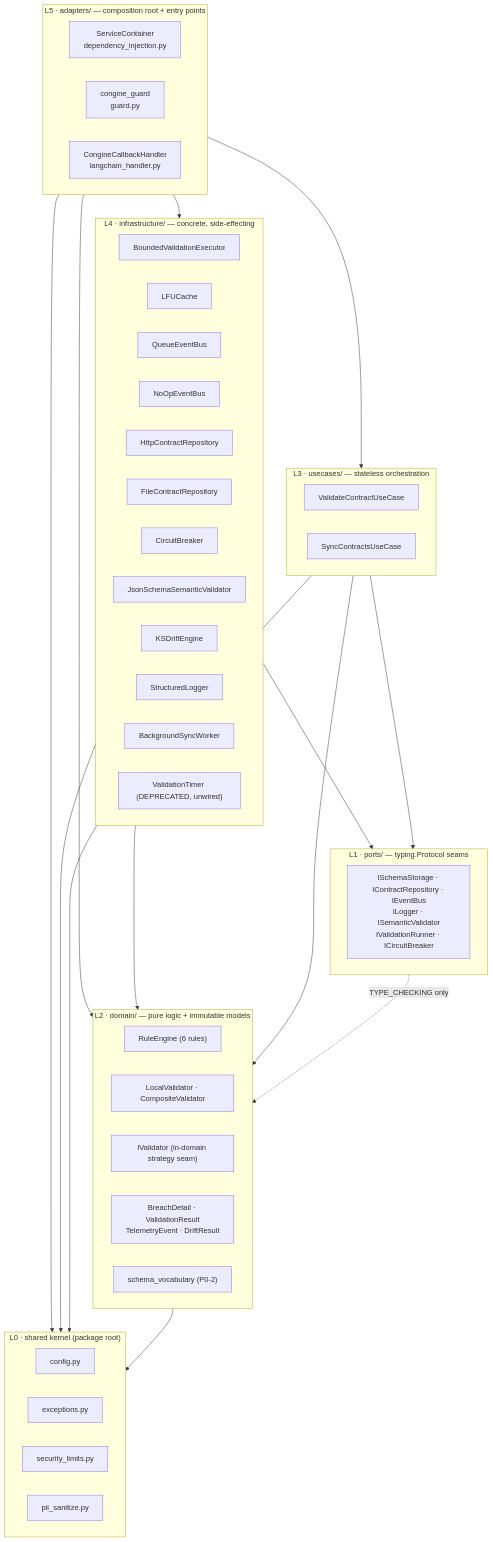
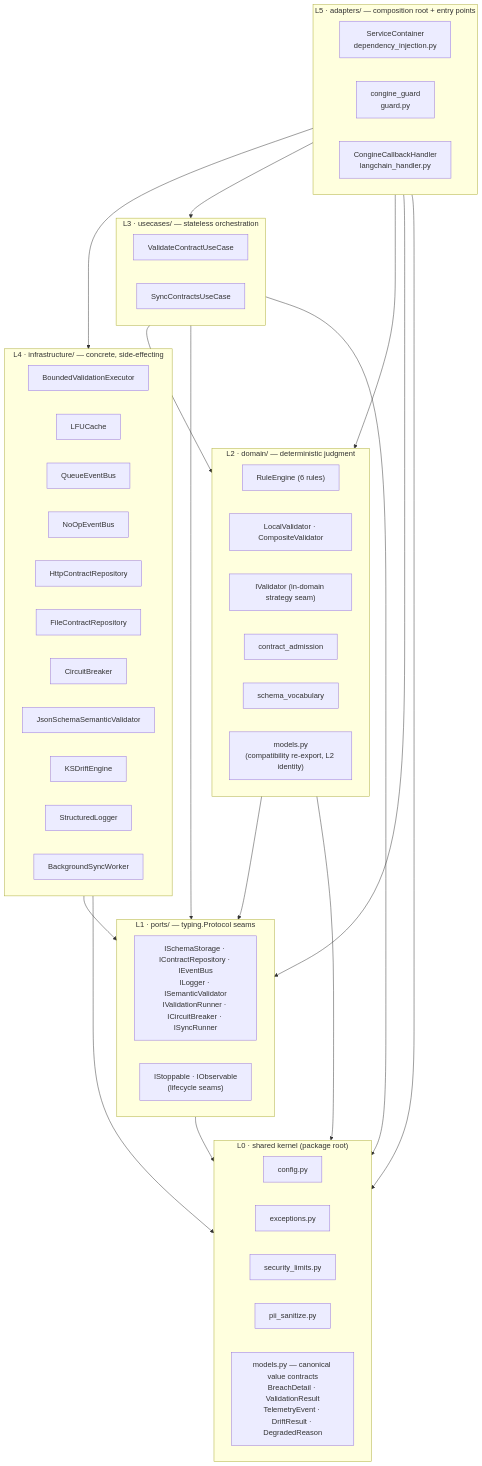
Before and after one commit to codewitharham/congine: the first of 7 diagrams in docs/architecture/ARCHITECTURE_CURRENT.md, drawn with Mermaid. The commit also changed other lines of this file and 9 other files, not shown here.

Commit message:
docs: reconcile context sources with P1 closed architecture

````diff
--- a/docs/architecture/ARCHITECTURE_CURRENT.md
+++ b/docs/architecture/ARCHITECTURE_CURRENT.md
@@ -288,55 +384,58 @@
 ```mermaid
 graph TD
     subgraph L5["L5 · adapters/ — composition root + entry points"]
         SC["ServiceContainer<br/>dependency_injection.py"]
         GUARD["congine_guard<br/>guard.py"]
         LCH["CongineCallbackHandler<br/>langchain_handler.py"]
     end
     subgraph L4["L4 · infrastructure/ — concrete, side-effecting"]
         BEX["BoundedValidationExecutor"]
         LFU["LFUCache"]
         QBUS["QueueEventBus"]
         NBUS["NoOpEventBus"]
         HREPO["HttpContractRepository"]
         FREPO["FileContractRepository"]
         CB["CircuitBreaker"]
         JSV["JsonSchemaSemanticValidator"]
         KS["KSDriftEngine"]
         SLOG["StructuredLogger"]
         BGS["BackgroundSyncWorker"]
-        VT["ValidationTimer (DEPRECATED, unwired)"]
     end
     subgraph L3["L3 · usecases/ — stateless orchestration"]
         VUC["ValidateContractUseCase"]
         SUC["SyncContractsUseCase"]
     end
     subgraph L1["L1 · ports/ — typing.Protocol seams"]
-        P["ISchemaStorage · IContractRepository · IEventBus<br/>ILogger · ISemanticValidator<br/>IValidationRunner · ICircuitBreaker"]
+        P["ISchemaStorage · IContractRepository · IEventBus<br/>ILogger · ISemanticValidator<br/>IValidationRunner · ICircuitBreaker · ISyncRunner"]
+        LC["IStoppable · IObservable<br/>(lifecycle seams)"]
     end
-    subgraph L2["L2 · domain/ — pure logic + immutable models"]
+    subgraph L2["L2 · domain/ — deterministic judgment"]
         RE["RuleEngine (6 rules)"]
         LV["LocalValidator · CompositeValidator"]
         IVAL["IValidator (in-domain strategy seam)"]
-        VO["BreachDetail · ValidationResult<br/>TelemetryEvent · DriftResult"]
-        SVOC["schema_vocabulary (P0-2)"]
+        ADM["contract_admission"]
+        SVOC["schema_vocabulary"]
+        COMPAT["models.py<br/>(compatibility re-export, L2 identity)"]
     end
     subgraph L0["L0 · shared kernel (package root)"]
         CFG["config.py"]
         EXC["exceptions.py"]
         SEC["security_limits.py"]
         PII["pii_sanitize.py"]
+        VO["models.py — canonical value contracts<br/>BreachDetail · ValidationResult<br/>TelemetryEvent · DriftResult · DegradedReason"]
     end
 
     L5 --> L4
     L5 --> L3
     L5 --> L2
+    L5 --> L1
     L5 --> L0
     L4 --> L1
-    L4 --> L2
     L4 --> L0
+    L3 --> L2
     L3 --> L1
-    L3 --> L2
     L3 --> L0
+    L2 --> L1
     L2 --> L0
-    L1 -. "TYPE_CHECKING only" .-> L2
+    L1 --> L0
 ```
````
